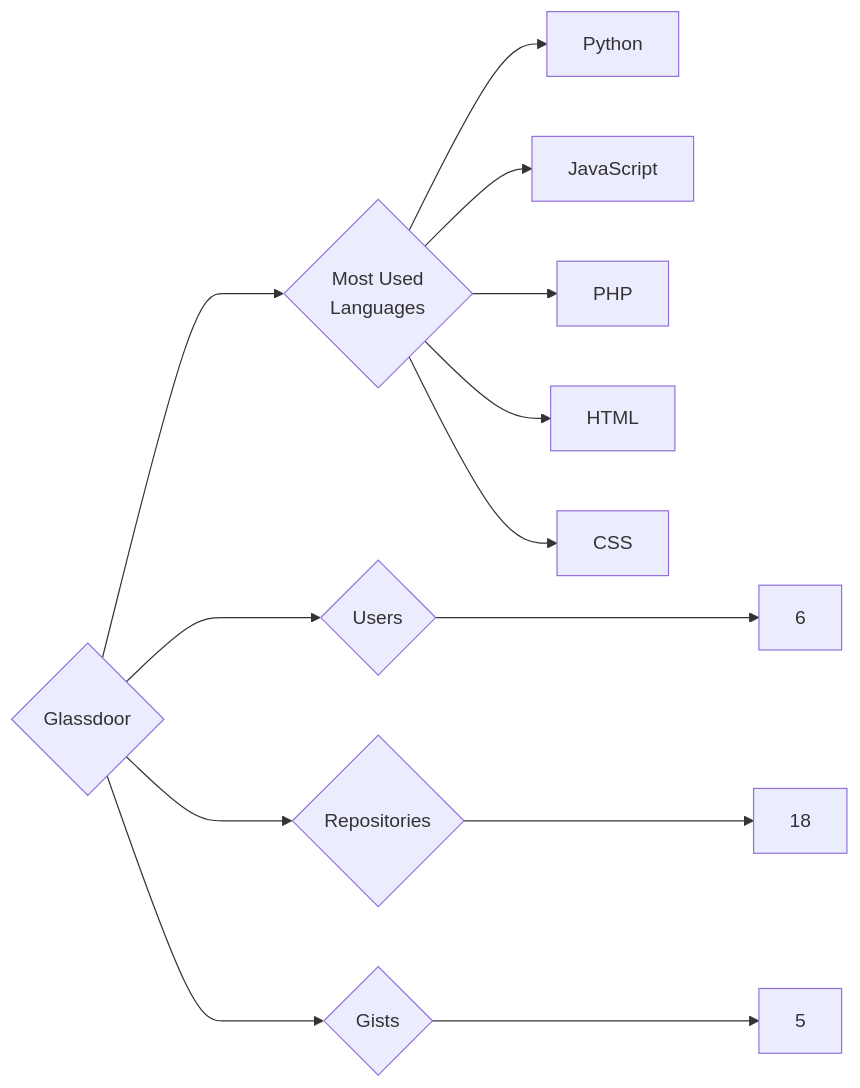
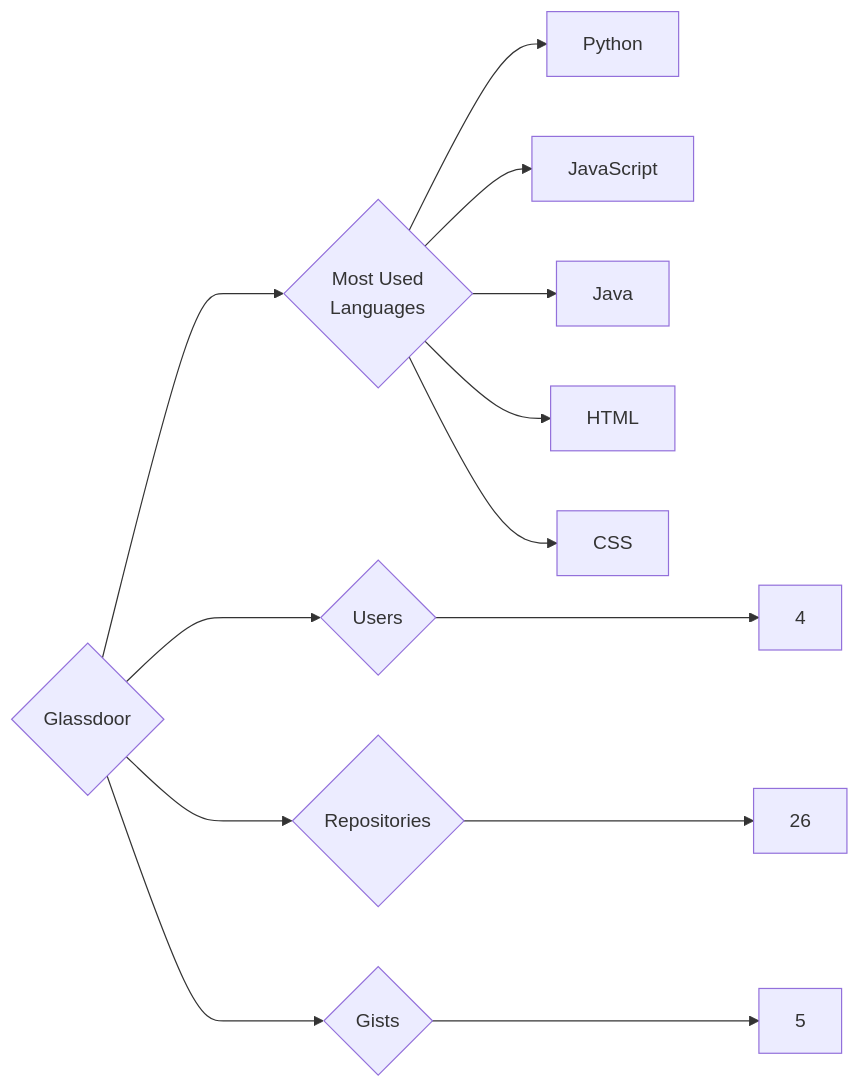
Before and after one commit to trickest/insiders: the diagram in targets/Glassdoor/README.md, drawn with Mermaid. The commit also changed 894 other files, not shown here.

````diff
--- a/targets/Glassdoor/README.md
+++ b/targets/Glassdoor/README.md
@@ -3,13 +3,13 @@
 ```mermaid
 graph LR
 COMPANY_NAME{Glassdoor}
-COMPANY_NAME ---> U{Users} ---> UN[6]
-COMPANY_NAME ---> R{Repositories} ---> RN[18]
+COMPANY_NAME ---> U{Users} ---> UN[4]
+COMPANY_NAME ---> R{Repositories} ---> RN[26]
 COMPANY_NAME ---> G{Gists} ---> GN[5]
 COMPANY_NAME ---> ML{Most Used<br>Languages}
 ML --> Python[Python]
 ML --> JavaScript[JavaScript]
-ML --> PHP[PHP]
+ML --> Java[Java]
 ML --> HTML[HTML]
 ML --> CSS[CSS]
 ```
````
